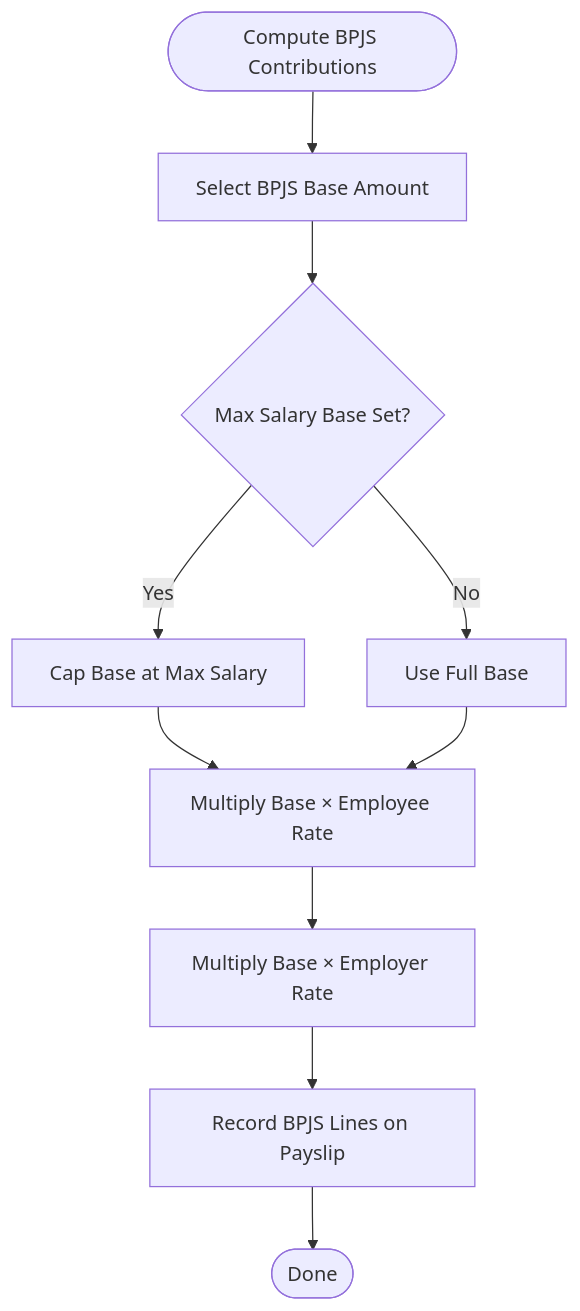
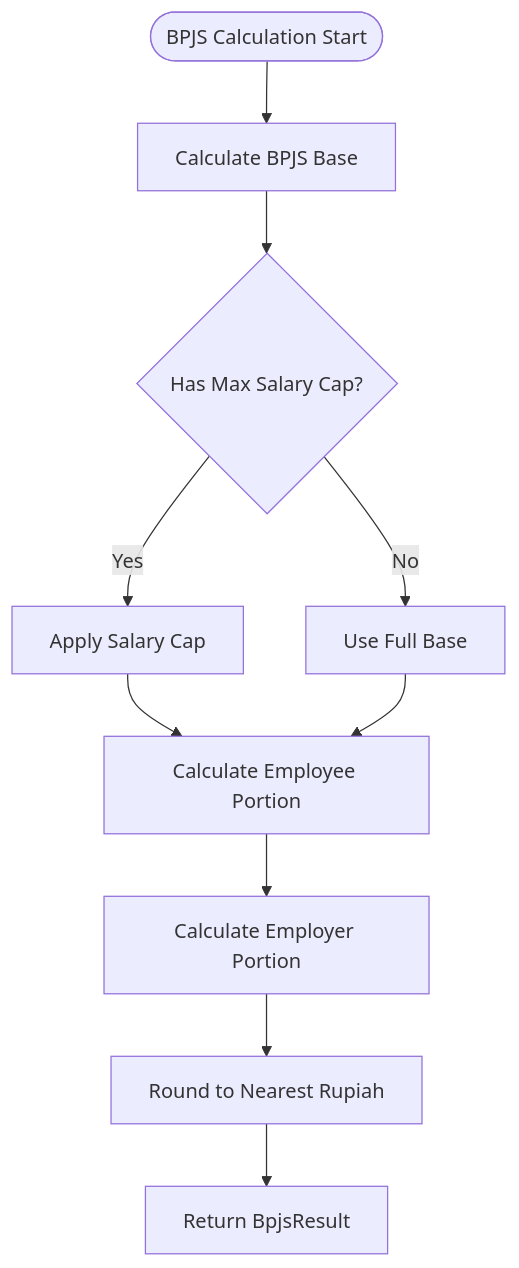
The third of 4 diagrams in .qoder/repowiki/en/content/BPJS Integration.md (bikinaplikasipakeqoder-dot/payroll-hris), drawn with Mermaid before and after one commit. The commit also changed other lines of this file and 22 other files, not shown here.

````diff
--- a/.qoder/repowiki/en/content/BPJS Integration.md
+++ b/.qoder/repowiki/en/content/BPJS Integration.md
@@ -191,12 +214,12 @@
 ```mermaid
 flowchart TD
-Start(["Compute BPJS Contributions"]) --> SelectBase["Select BPJS Base Amount"]
-SelectBase --> ApplyCap{"Max Salary Base Set?"}
-ApplyCap --> |Yes| CapBase["Cap Base at Max Salary"]
-ApplyCap --> |No| UseBase["Use Full Base"]
-CapBase --> CalcEmp["Multiply Base × Employee Rate"]
-UseBase --> CalcEmp
-CalcEmp --> CalcEmpr["Multiply Base × Employer Rate"]
-CalcEmpr --> RecordLines["Record BPJS Lines on Payslip"]
-RecordLines --> End(["Done"])
+Start(["BPJS Calculation Start"]) --> BaseCalc["Calculate BPJS Base"]
+BaseCalc --> CheckCap{"Has Max Salary Cap?"}
+CheckCap --> |Yes| ApplyCap["Apply Salary Cap"]
+CheckCap --> |No| NoCap["Use Full Base"]
+ApplyCap --> CalcEmployee["Calculate Employee Portion"]
+NoCap --> CalcEmployee
+CalcEmployee --> CalcEmployer["Calculate Employer Portion"]
+CalcEmployer --> RoundMoney["Round to Nearest Rupiah"]
+RoundMoney --> Result["Return BpjsResult"]
 ```
````
